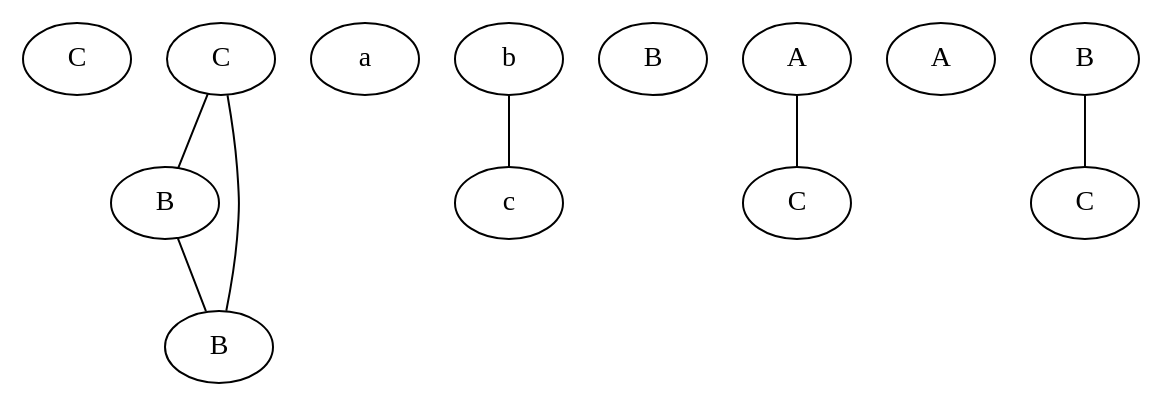
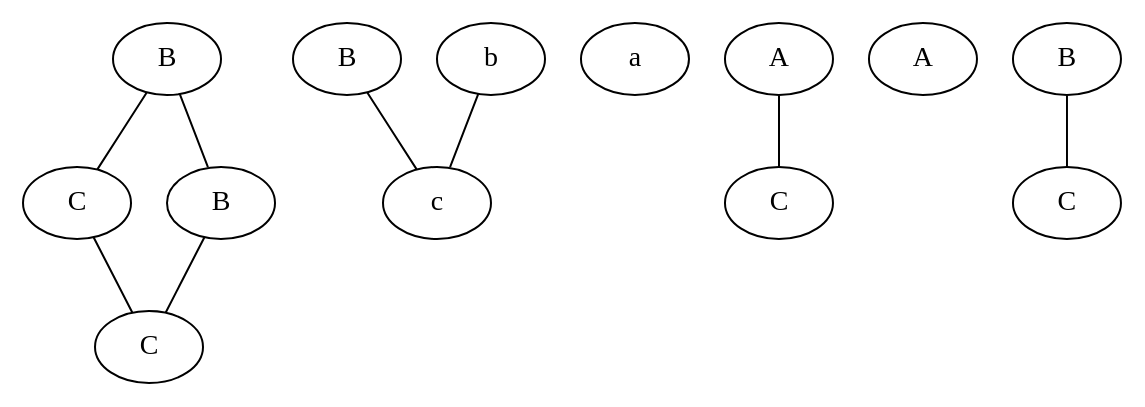
One commit to peep-hole/TiAG-Project changed the diagram in Epoch10.gv. Above: the diagram before and after it, drawn with Graphviz. The commit also changed 10 other files, not shown here.

```diff
--- a/Epoch10.gv
+++ b/Epoch10.gv
@@ -1,21 +1,23 @@
 strict graph G {
+  1 [ label="B" ];
   2 [ label="C" ];
-  6 [ label="C" ];
+  3 [ label="B" ];
+  4 [ label="C" ];
   7 [ label="B" ];
-  8 [ label="B" ];
   5 [ label="a" ];
-  3 [ label="b" ];
-  4 [ label="c" ];
-  9 [ label="B" ];
+  8 [ label="b" ];
+  6 [ label="c" ];
   0 [ label="A" ];
   10 [ label="C" ];
   11 [ label="A" ];
-  1 [ label="B" ];
+  9 [ label="B" ];
   12 [ label="C" ];
-  6 -- 7;
-  7 -- 8;
+  1 -- 2;
+  3 -- 4;
+  1 -- 3;
+  2 -- 4;
+  7 -- 6;
   8 -- 6;
-  3 -- 4;
   0 -- 10;
-  1 -- 12;
+  9 -- 12;
 }
```
